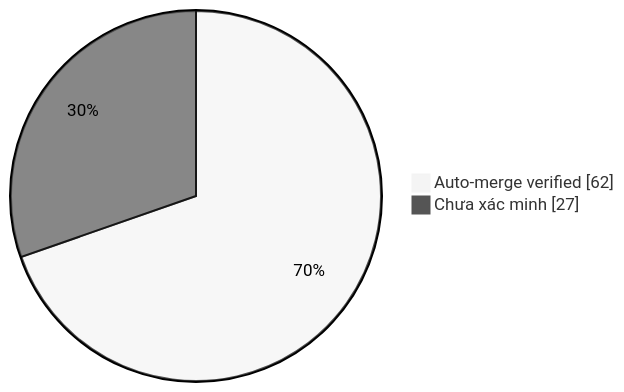
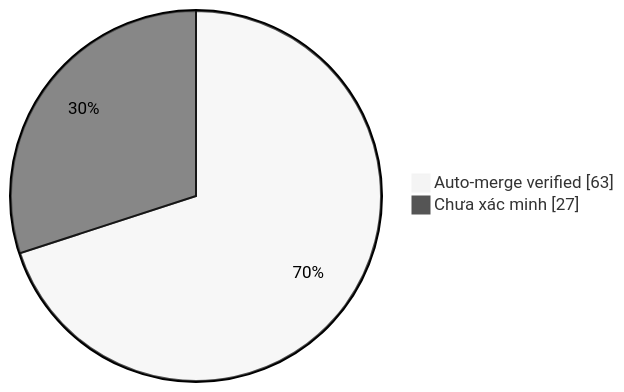
One commit to duykhang68/tetdinhmuiblog changed the diagram in collector.md. Above: the diagram before and after it, drawn with Mermaid (neutral theme). The commit also changed other lines of this file and 1 other file, not shown here.

Commit message:
docs(collector): update auto-merge evidence dashboard

````diff
--- a/collector.md
+++ b/collector.md
@@ -22,5 +22,5 @@
 ```mermaid
 pie showData
-    "Auto-merge verified" : 62
+    "Auto-merge verified" : 63
     "Chưa xác minh" : 27
 ```
````
